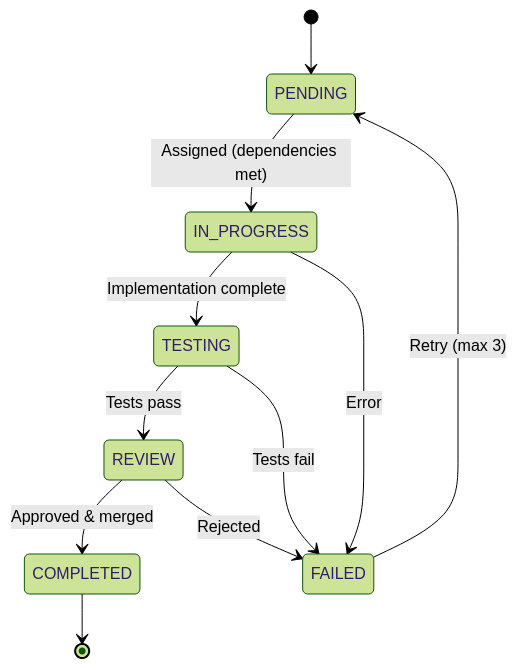
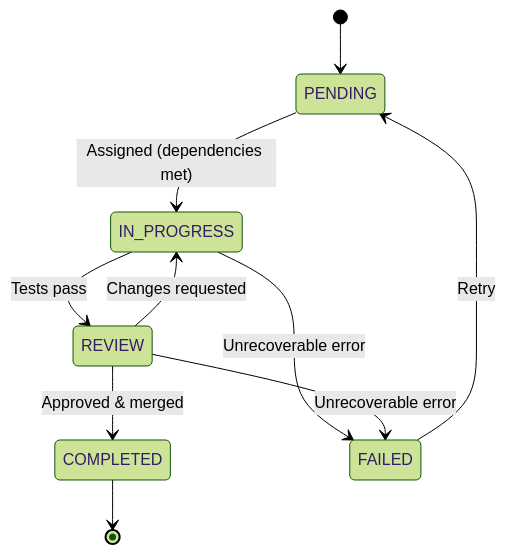
The second of 6 diagrams in SPEC.md (dbyrne/auto-godot), drawn with Mermaid (forest theme) before and after one commit. The commit also changed other lines of this file, not shown here.

First line of the commit message:
Replace TESTING state with code-test loop in IN_PROGRESS

````diff
--- a/SPEC.md
+++ b/SPEC.md
@@ -324,15 +324,14 @@
 ```mermaid
 stateDiagram-v2
     [*] --> PENDING
     PENDING --> IN_PROGRESS: Assigned (dependencies met)
-    IN_PROGRESS --> TESTING: Implementation complete
-    TESTING --> REVIEW: Tests pass
+    IN_PROGRESS --> REVIEW: Tests pass
     REVIEW --> COMPLETED: Approved & merged
+    REVIEW --> IN_PROGRESS: Changes requested
     COMPLETED --> [*]
 
-    IN_PROGRESS --> FAILED: Error
-    TESTING --> FAILED: Tests fail
-    REVIEW --> FAILED: Rejected
+    IN_PROGRESS --> FAILED: Unrecoverable error
+    REVIEW --> FAILED: Unrecoverable error
 
-    FAILED --> PENDING: Retry (max 3)
+    FAILED --> PENDING: Retry
 ```
````
